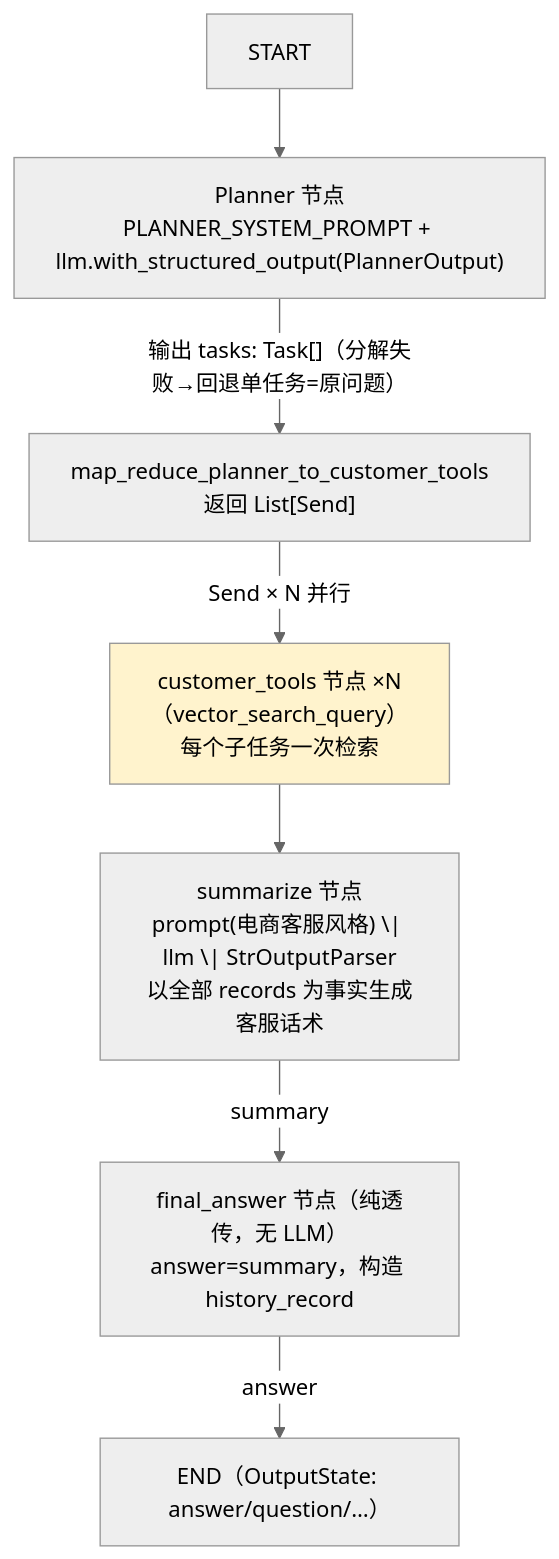
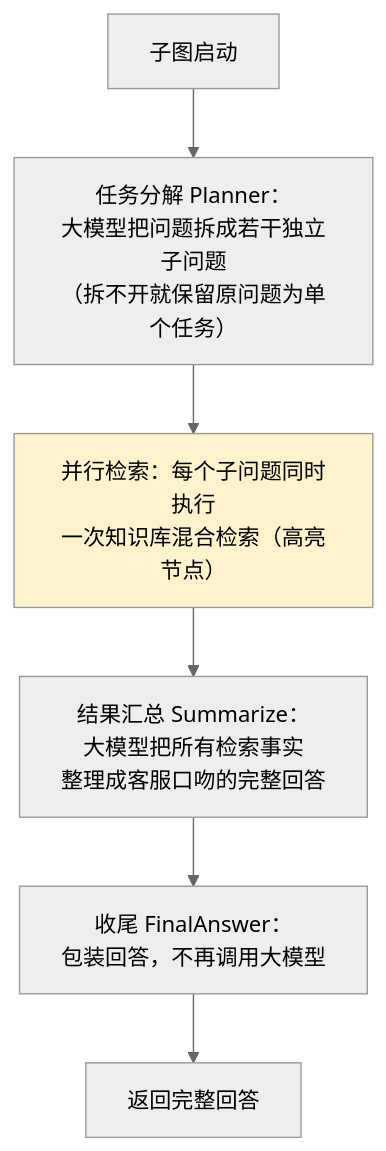
Diagram 12 of 35 in docs/PROJECT_ANALYSIS.md (blowt16/SmartCS-Agent), drawn with Mermaid (neutral theme) before and after one commit. The commit also changed other lines of this file, not shown here.

Commit message:
[docs] PROJECT_ANALYSIS §4 流程图优化：全图节点加中文注释、主干化精简流程（22 张图重排 + 补 TimeoutGuard 运行图），保留关键代码实体括注，提升可读性

````diff
--- a/docs/PROJECT_ANALYSIS.md
+++ b/docs/PROJECT_ANALYSIS.md
@@ -523,11 +479,9 @@
 ```mermaid
 flowchart TD
-    START["START"] --> P["Planner 节点<br/>PLANNER_SYSTEM_PROMPT + llm.with_structured_output(PlannerOutput)"]
-    P -->|"输出 tasks: Task[]（分解失败→回退单任务=原问题）"| MAP["map_reduce_planner_to_customer_tools<br/>返回 List[Send]"]
-    MAP -->|"Send × N 并行"| VS["customer_tools 节点 ×N<br/>（vector_search_query）<br/>每个子任务一次检索"]
-    VS --> SZ["summarize 节点<br/>prompt(电商客服风格) \| llm \| StrOutputParser<br/>以全部 records 为事实生成客服话术"]
-    SZ -->|"summary"| FA["final_answer 节点（纯透传，无 LLM）<br/>answer=summary，构造 history_record"]
-    FA -->|"answer"| OUT["END（OutputState: answer/question/…）"]
-
+    START["子图启动"] --> P["任务分解 Planner：<br/>大模型把问题拆成若干独立子问题<br/>（拆不开就保留原问题为单个任务）"]
+    P --> VS["并行检索：每个子问题同时执行<br/>一次知识库混合检索（高亮节点）"]
+    VS --> SZ["结果汇总 Summarize：<br/>大模型把所有检索事实<br/>整理成客服口吻的完整回答"]
+    SZ --> FA["收尾 FinalAnswer：<br/>包装回答，不再调用大模型"]
+    FA --> OUT["返回完整回答"]
     style VS fill:#fff3cd
 ```
````
